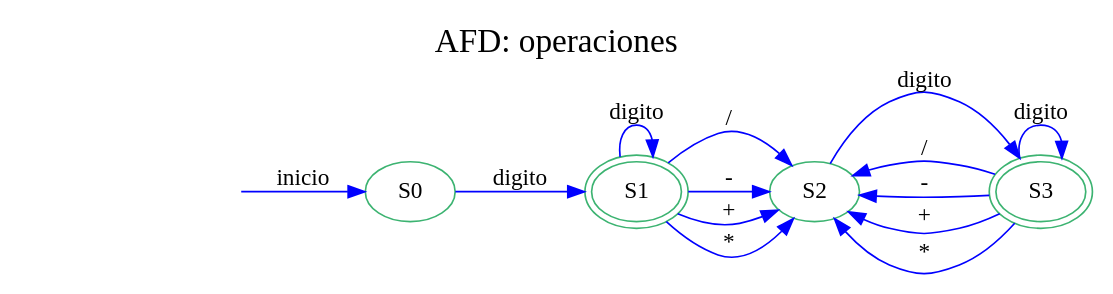
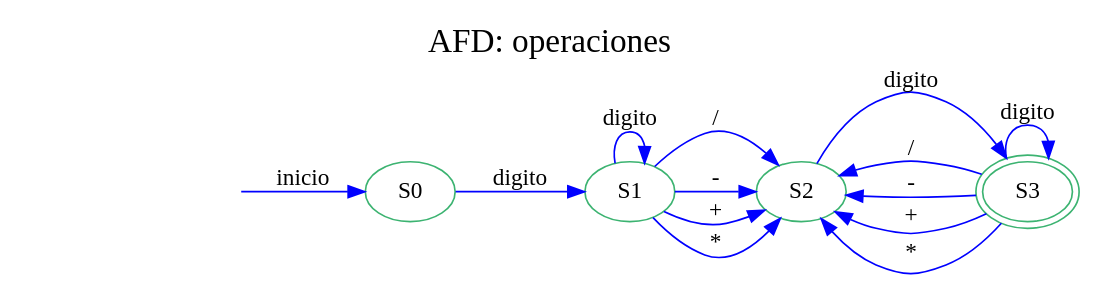
One commit to SelvinLP/-OLC1-Practica1_201701133 changed the diagram in OLC1_Practica1_201701133/AFD3.dot. Above: the diagram before and after it, drawn with Graphviz. The commit also changed 11 other files, not shown here.

```diff
--- a/OLC1_Practica1_201701133/AFD3.dot
+++ b/OLC1_Practica1_201701133/AFD3.dot
@@ -1,22 +1,21 @@
 digraph AFD { 
 graph [label="AFD: operaciones", labelloc=t, fontsize=20]; rankdir=LR;edge [color=blue];node [color = mediumseagreen];"S0"[ label=S0]
 "S1"[ label=S1]
 "S2"[ label=S2]
 "S3"[ label=S3]
 secret_node [style=invis];
-secret_node -> S0 [label="inicio"];S1[peripheries=2];
-S3[peripheries=2];
+secret_node -> S0 [label="inicio"];S3[peripheries=2];
 "S0"->"S1"[label="digito"];
 "S1"->"S2"[label="\/"];
 "S1"->"S2"[label="\-"];
 "S1"->"S2"[label="\+"];
 "S1"->"S1"[label="digito"];
 "S1"->"S2"[label="\*"];
 "S2"->"S3"[label="digito"];
 "S3"->"S2"[label="\/"];
 "S3"->"S2"[label="\-"];
 "S3"->"S2"[label="\+"];
 "S3"->"S3"[label="digito"];
 "S3"->"S2"[label="\*"];
 
 }
```
